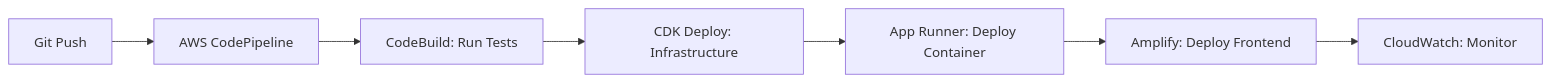
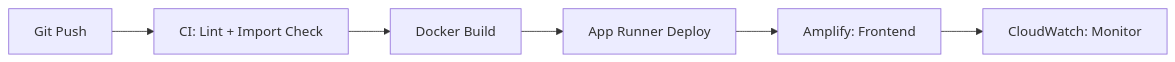
Before and after one commit to JoshiAbhishek866/Sentinal-AI: the third of 4 diagrams in design.md, drawn with Mermaid. The commit also changed other lines of this file and 337 other files, not shown here.

````diff
--- a/design.md
+++ b/design.md
@@ -546,9 +373,8 @@
 ```mermaid
 flowchart LR
-    A[Git Push] --> B[AWS CodePipeline]
-    B --> C[CodeBuild: Run Tests]
-    C --> D[CDK Deploy: Infrastructure]
-    D --> E[App Runner: Deploy Container]
-    E --> F[Amplify: Deploy Frontend]
-    F --> G[CloudWatch: Monitor]
+    A[Git Push] --> B[CI: Lint + Import Check]
+    B --> C[Docker Build]
+    C --> D[App Runner Deploy]
+    D --> E[Amplify: Frontend]
+    E --> F[CloudWatch: Monitor]
 ```
````
